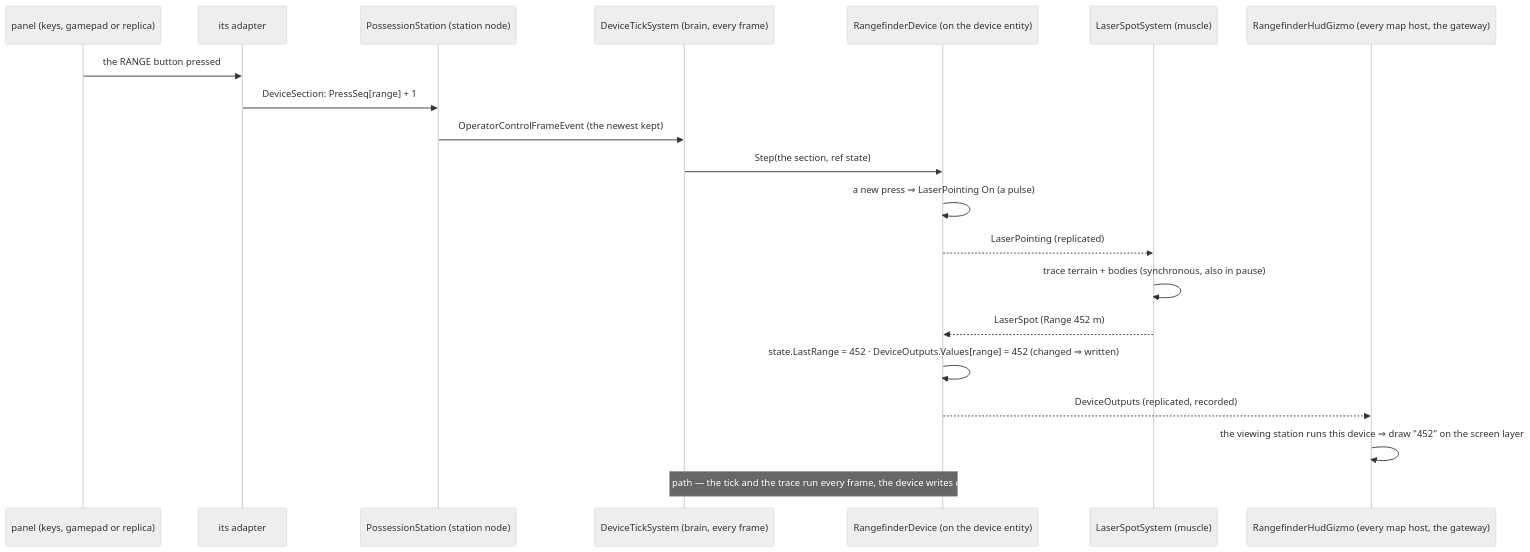
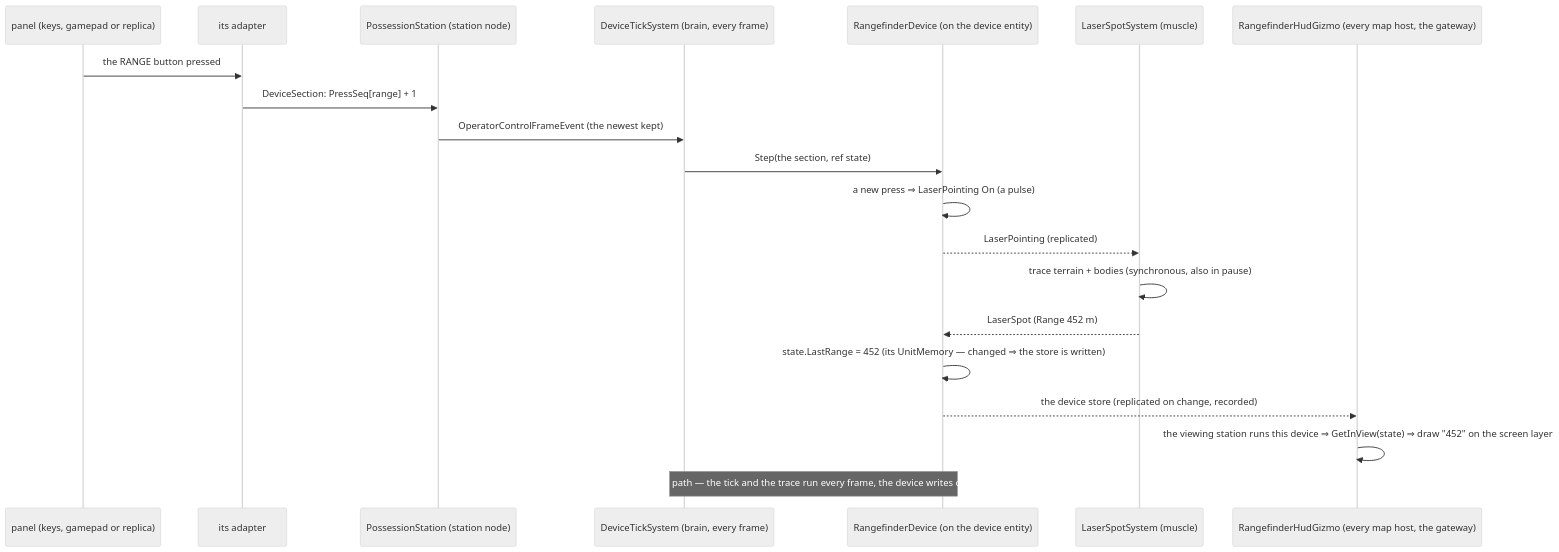
One commit to pjanec/HROT changed the third of 6 diagrams in docs/designs/devices/DESIGN_Simulated_Devices.md. Above: the diagram before and after it, drawn with Mermaid (neutral theme). The commit also changed other lines of this file, not shown here.

First line of the commit message:
devices design rev 5 (§3i): the HUD projector reads the device's full UnitMemory state; the device entity's blackboard store replicated; panel outputs and checks projected locally

````diff
--- a/docs/designs/devices/DESIGN_Simulated_Devices.md
+++ b/docs/designs/devices/DESIGN_Simulated_Devices.md
@@ -156,22 +155,22 @@
 ```mermaid
 sequenceDiagram
   participant P as panel (keys, gamepad or replica)
   participant A as its adapter
   participant S as PossessionStation (station node)
   participant T as DeviceTickSystem (brain, every frame)
   participant D as RangefinderDevice (on the device entity)
   participant M as LaserSpotSystem (muscle)
   participant G as RangefinderHudGizmo (every map host, the gateway)
   P->>A: the RANGE button pressed
   A->>S: DeviceSection: PressSeq[range] + 1
   S->>T: OperatorControlFrameEvent (the newest kept)
   T->>D: Step(the section, ref state)
   D->>D: a new press ⇒ LaserPointing On (a pulse)
   D-->>M: LaserPointing (replicated)
   M->>M: trace terrain + bodies (synchronous, also in pause)
   M-->>D: LaserSpot (Range 452 m)
-  D->>D: state.LastRange = 452 · DeviceOutputs.Values[range] = 452 (changed ⇒ written)
-  D-->>G: DeviceOutputs (replicated, recorded)
-  G->>G: the viewing station runs this device ⇒ draw "452" on the screen layer
+  D->>D: state.LastRange = 452 (its UnitMemory — changed ⇒ the store is written)
+  D-->>G: the device store (replicated on change, recorded)
+  G->>G: the viewing station runs this device ⇒ GetInView(state) ⇒ draw "452" on the screen layer
   Note over T,D: paused: the same path — the tick and the trace run every frame, the device writes only itself (R-4300)
 ```
````
